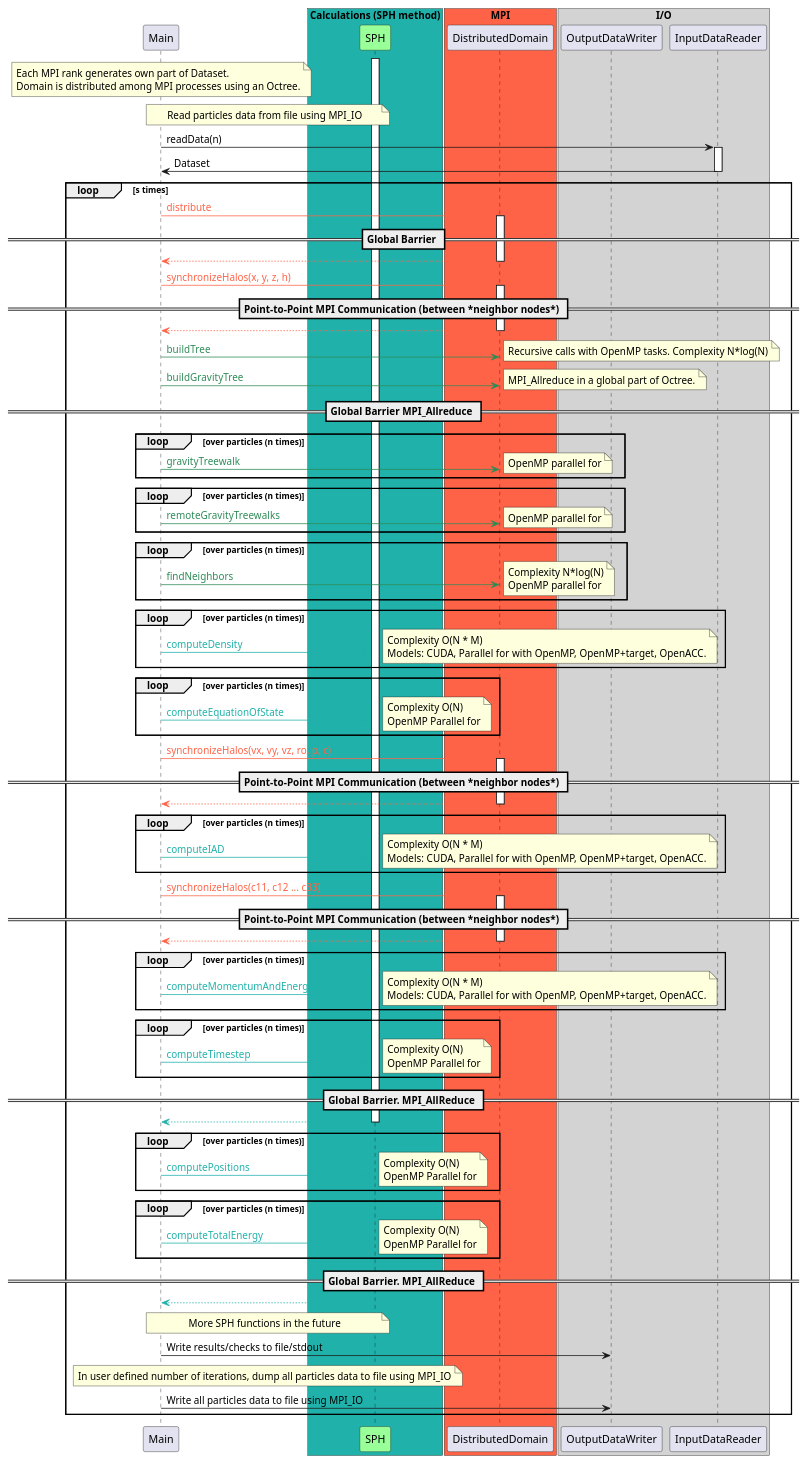
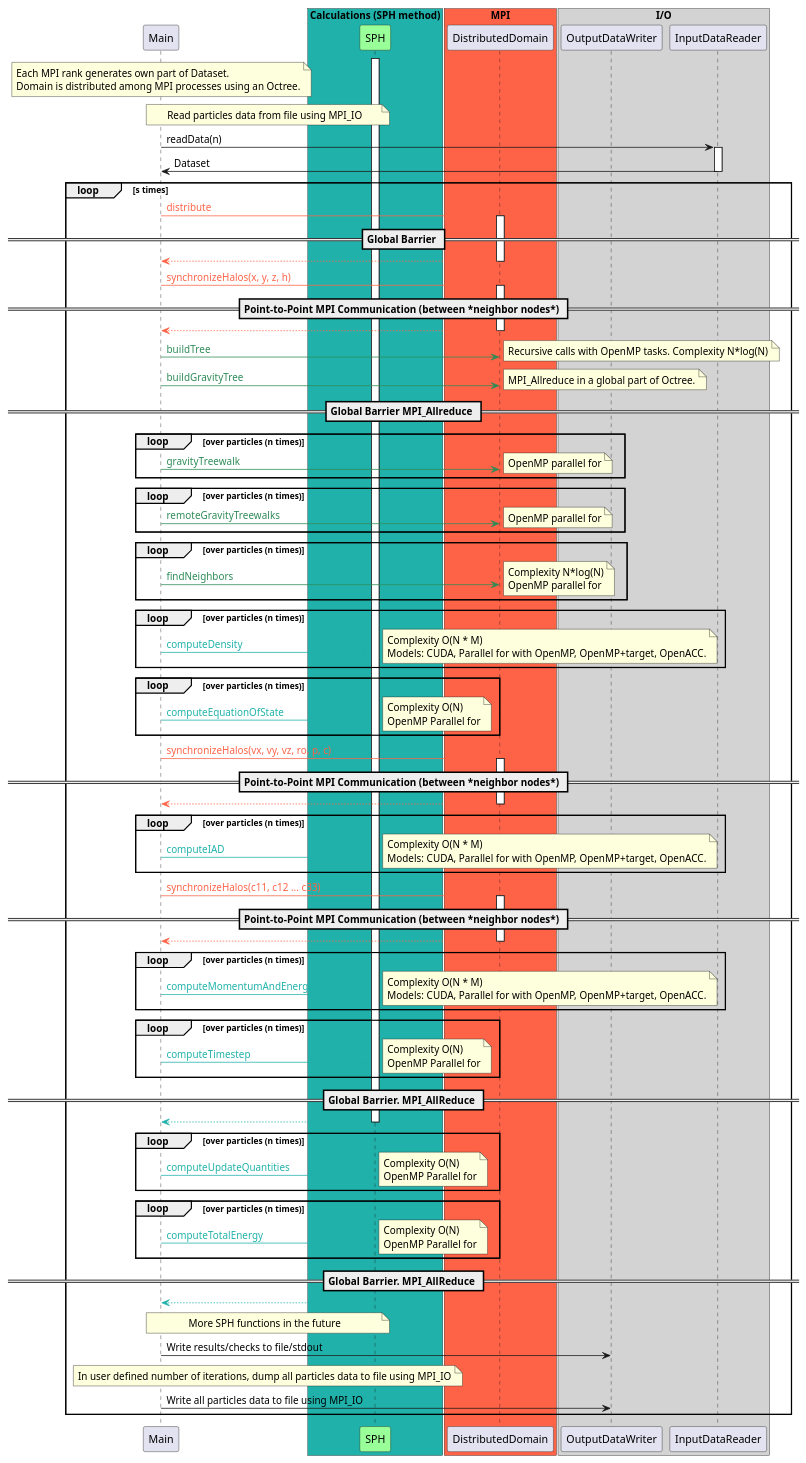
The diagram in docs/sequence_diagram_gravity.puml (unibas-dmi-hpc/SPH-EXA), drawn with PlantUML before and after one commit. The commit also changed 4 other files, not shown here.

Commit message:
Changed name from computePositions() to computeUpdateQuantities()

```diff
--- a/docs/sequence_diagram_gravity.puml
+++ b/docs/sequence_diagram_gravity.puml
@@ -1,165 +1,165 @@
 @startuml
 
 participant Main
 participant SPH #99FF99
 participant DistributedDomain
 
 box "Calculations (SPH method)" #LightSeaGreen
 	participant SPH
 end box
 
 box "MPI" #Tomato
 	participant DistributedDomain
 end box
 
 box "I/O" #LightGrey
 	participant OutputDataWriter
 	participant InputDataReader
 end box
 
 note over Main
 Each MPI rank generates own part of Dataset.
 Domain is distributed among MPI processes using an Octree.
 end note
 
 note over Main, SPH
 Read particles data from file using MPI_IO
 end note
 Main -> InputDataReader: readData(n)
 activate InputDataReader
 Main <- InputDataReader: Dataset
 deactivate InputDataReader
 
 loop s times
 
 Main -[#Tomato]> DistributedDomain: <color:#Tomato>distribute </color>
 activate DistributedDomain
 == Global Barrier == 
 Main <-[#Tomato]- DistributedDomain
 deactivate DistributedDomain
 
 Main -[#Tomato]> DistributedDomain: <color:#Tomato>synchronizeHalos(x, y, z, h)</color>
 activate DistributedDomain
 == Point-to-Point MPI Communication (between *neighbor nodes*) == 
 Main <-[#Tomato]- DistributedDomain
 deactivate DistributedDomain
 Main -[#SeaGreen]> DistributedDomain: <color:#SeaGreen>buildTree</color>
 note right
 Recursive calls with OpenMP tasks. Complexity N*log(N)
 end note
 Main -[#SeaGreen]> DistributedDomain: <color:#SeaGreen>buildGravityTree</color>
 note right
 MPI_Allreduce in a global part of Octree.
 end note
 == Global Barrier MPI_Allreduce == 
 
 loop over particles (n times)
 Main -[#SeaGreen]> DistributedDomain: <color:#SeaGreen>gravityTreewalk</color>
 note right
 OpenMP parallel for
 end note
 end
 loop over particles (n times)
 Main -[#SeaGreen]> DistributedDomain: <color:#SeaGreen>remoteGravityTreewalks</color>
 note right
 OpenMP parallel for
 end note
 end
 
 loop over particles (n times)
 Main -[#SeaGreen]> DistributedDomain: <color:#SeaGreen>findNeighbors</color>
 note right
 Complexity N*log(N)
 OpenMP parallel for
 end note
 end
 
 loop over particles (n times)
 Main -[#LightSeaGreen]> SPH: <color:#LightSeaGreen>computeDensity</color>
 note right
 Complexity O(N * M)
 Models: CUDA, Parallel for with OpenMP, OpenMP+target, OpenACC.
 end note
 end
 
 loop over particles (n times)
 Main -[#LightSeaGreen]> SPH: <color:#LightSeaGreen>computeEquationOfState</color>
 note right
 Complexity O(N)
 OpenMP Parallel for
 end note
 end
 
 Main -[#Tomato]> DistributedDomain: <color:#Tomato>synchronizeHalos(vx, vy, vz, ro, p, c)</color>
 activate DistributedDomain
 == Point-to-Point MPI Communication (between *neighbor nodes*) == 
 Main <-[#Tomato]- DistributedDomain
 deactivate DistributedDomain
 
 loop over particles (n times)
 Main -[#LightSeaGreen]> SPH: <color:#LightSeaGreen>computeIAD</color>
 note right
 Complexity O(N * M)
 Models: CUDA, Parallel for with OpenMP, OpenMP+target, OpenACC.
 end note
 end
 
 Main -[#Tomato]> DistributedDomain: <color:#Tomato>synchronizeHalos(c11, c12 ... c33)</color>
 activate DistributedDomain
 == Point-to-Point MPI Communication (between *neighbor nodes*) == 
 Main <-[#Tomato]- DistributedDomain
 deactivate DistributedDomain
 
 loop over particles (n times)
 Main -[#LightSeaGreen]> SPH: <color:#LightSeaGreen>computeMomentumAndEnergy</color>
 note right
 Complexity O(N * M)
 Models: CUDA, Parallel for with OpenMP, OpenMP+target, OpenACC.
 end note
 end
 
 loop over particles (n times)
 Main -[#LightSeaGreen]> SPH: <color:#LightSeaGreen>computeTimestep</color>
 note right
 Complexity O(N)
 OpenMP Parallel for
 end note
 end
 
 activate SPH
 == Global Barrier. MPI_AllReduce ==
 Main <-[#LightSeaGreen]- SPH
 deactivate SPH
 
 loop over particles (n times)
-Main -[#LightSeaGreen]> SPH: <color:#LightSeaGreen>computePositions</color>
+Main -[#LightSeaGreen]> SPH: <color:#LightSeaGreen>computeUpdateQuantities</color>
 note right
 Complexity O(N)
 OpenMP Parallel for
 end note
 end
 
 loop over particles (n times)
 Main -[#LightSeaGreen]> SPH: <color:#LightSeaGreen>computeTotalEnergy</color>
 note right
 Complexity O(N)
 OpenMP Parallel for
 end note
 end
 
 activate SPH
 == Global Barrier. MPI_AllReduce ==
 Main <-[#LightSeaGreen]- SPH
 deactivate SPH
 note over Main, SPH
 More SPH functions in the future
 end note
 Main -> OutputDataWriter: Write results/checks to file/stdout
 
 note over Main, SPH
 In user defined number of iterations, dump all particles data to file using MPI_IO
 end note
 Main -> OutputDataWriter: Write all particles data to file using MPI_IO
 end
 
 @enduml
```
